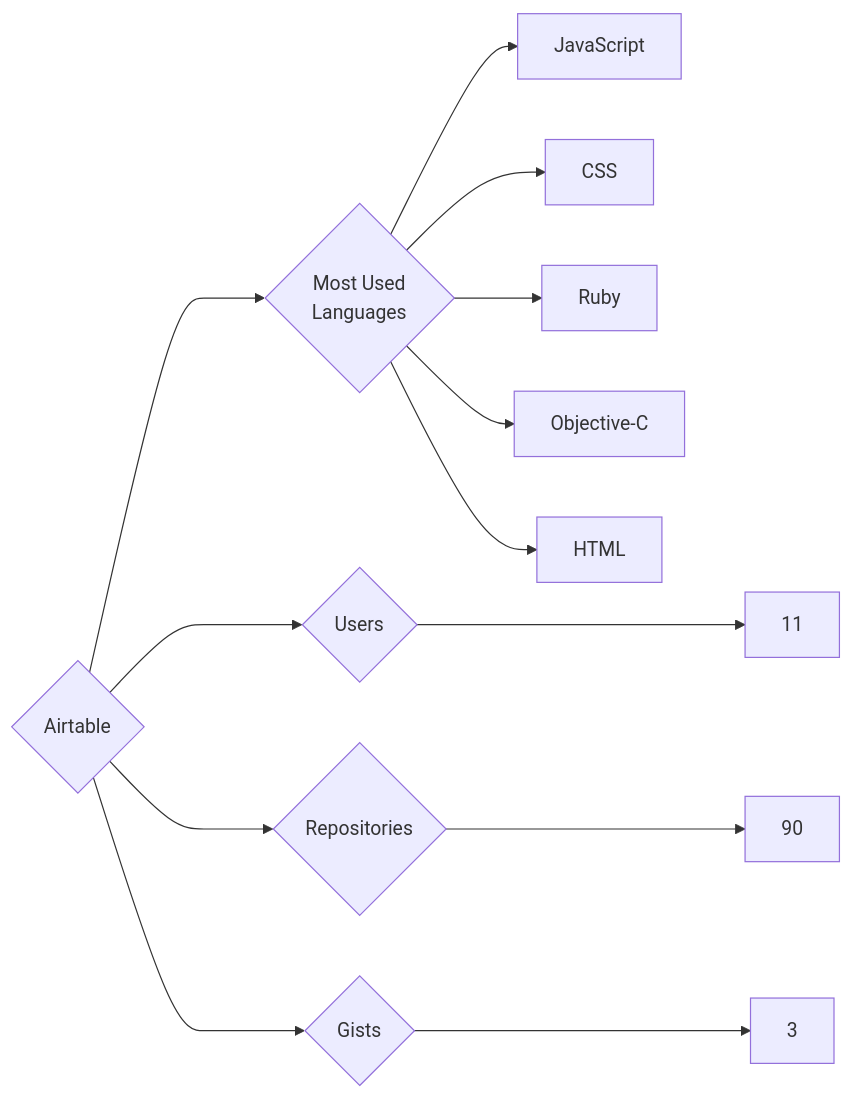
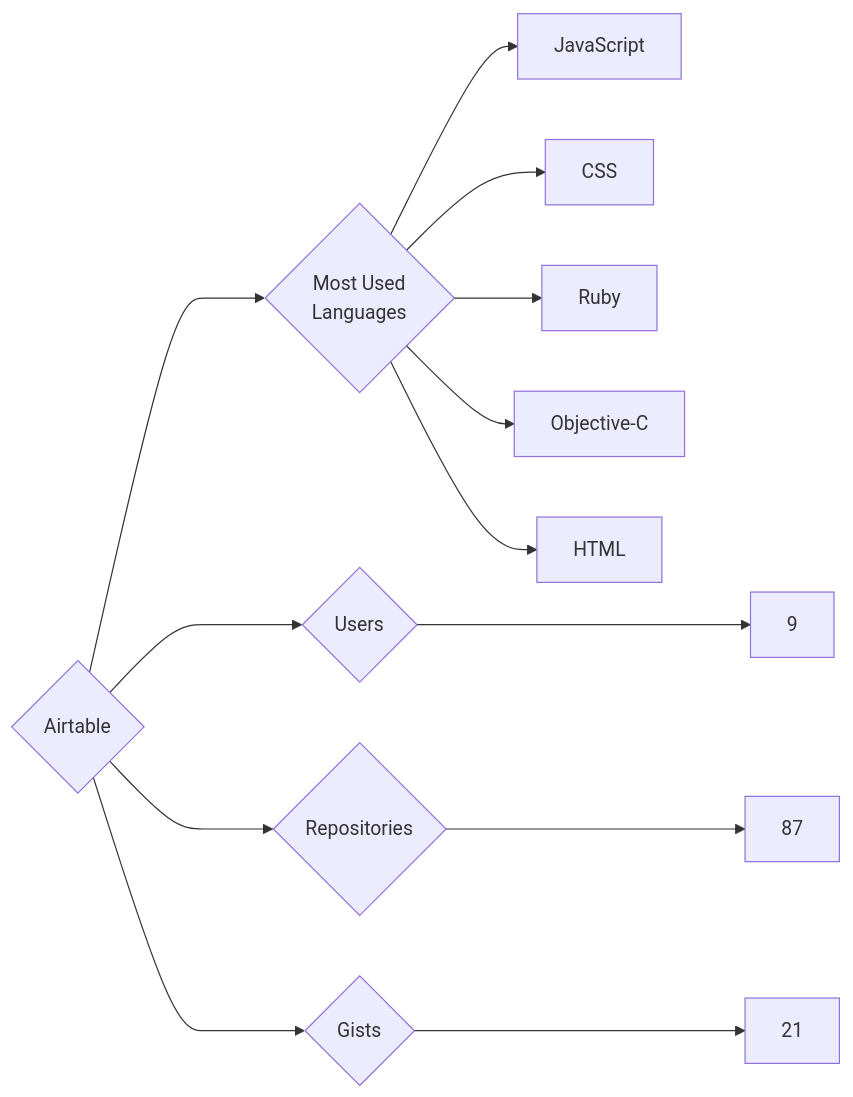
One commit to trickest/insiders changed the diagram in targets/Airtable/README.md. Above: the diagram before and after it, drawn with Mermaid. The commit also changed 1078 other files, not shown here.

````diff
--- a/targets/Airtable/README.md
+++ b/targets/Airtable/README.md
@@ -3,13 +3,13 @@
 ```mermaid
 graph LR
 COMPANY_NAME{Airtable}
-COMPANY_NAME ---> U{Users} ---> UN[11]
-COMPANY_NAME ---> R{Repositories} ---> RN[90]
-COMPANY_NAME ---> G{Gists} ---> GN[3]
+COMPANY_NAME ---> U{Users} ---> UN[9]
+COMPANY_NAME ---> R{Repositories} ---> RN[87]
+COMPANY_NAME ---> G{Gists} ---> GN[21]
 COMPANY_NAME ---> ML{Most Used<br>Languages}
 ML --> JavaScript[JavaScript]
 ML --> CSS[CSS]
 ML --> Ruby[Ruby]
 ML --> Objective-C[Objective-C]
 ML --> HTML[HTML]
 ```
````
